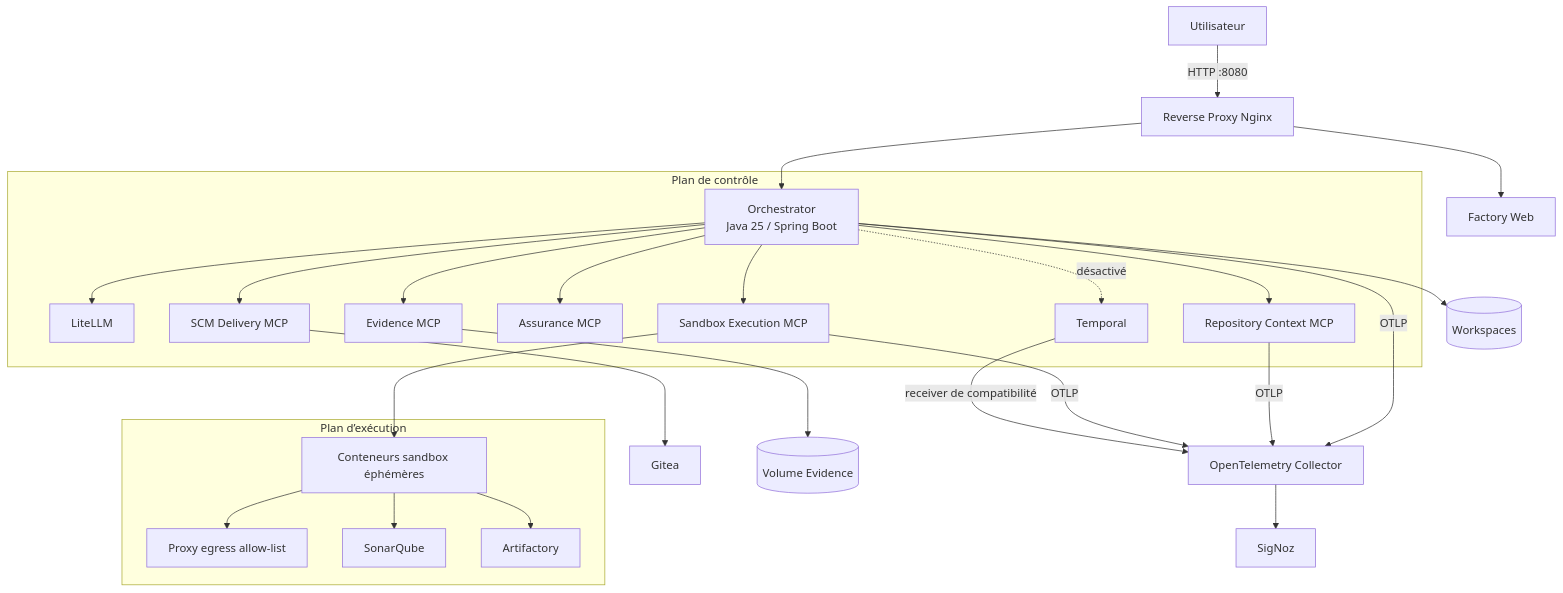
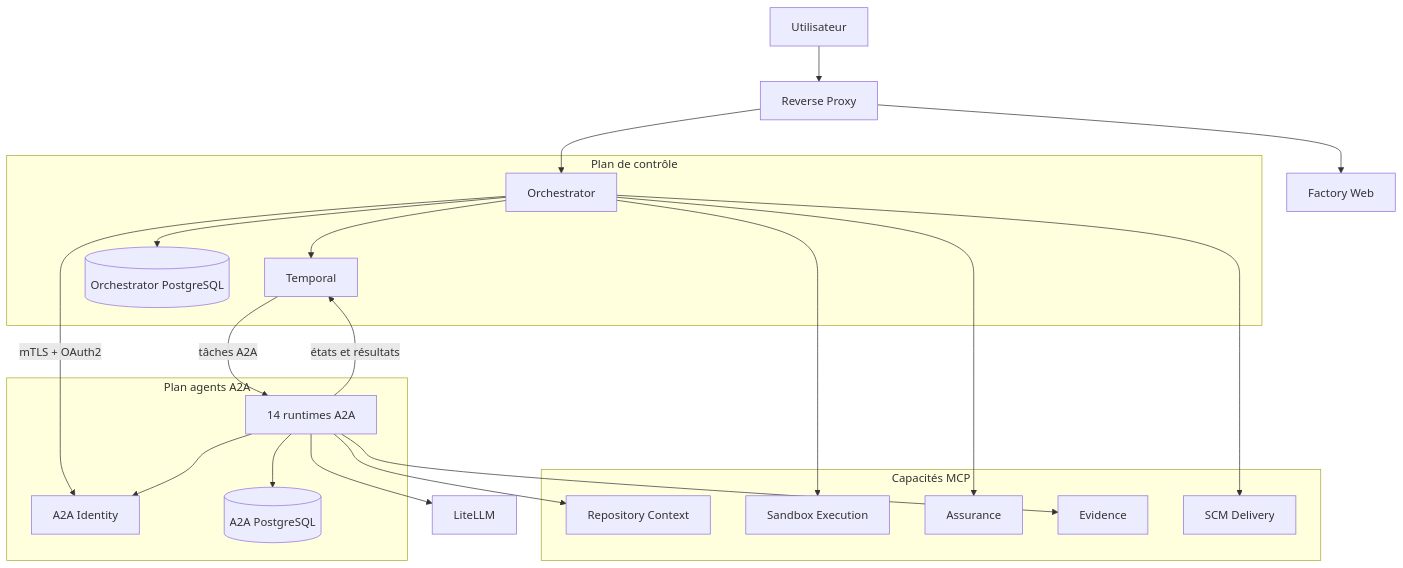
One commit to dbeaumont/ai-software-factory-local changed the second of 6 diagrams in docs/overview/architecture-overview.md. Above: the diagram before and after it, drawn with Mermaid. The commit also changed other lines of this file and 28 other files, not shown here.

````diff
--- a/docs/overview/architecture-overview.md
+++ b/docs/overview/architecture-overview.md
@@ -181,32 +38,38 @@
 ```mermaid
 flowchart TB
-  U[Utilisateur] -->|HTTP :8080| RP[Reverse Proxy Nginx]
+  U[Utilisateur] --> RP[Reverse Proxy]
   RP --> WEB[Factory Web]
-  RP --> ORCH[Orchestrator<br/>Java 25 / Spring Boot]
+  RP --> ORCH[Orchestrator]
 
   subgraph CONTROL[Plan de contrôle]
-    ORCH --> LLM[LiteLLM]
-    ORCH --> CTX[Repository Context MCP]
-    ORCH --> SBX[Sandbox Execution MCP]
-    ORCH --> ASS[Assurance MCP]
-    ORCH --> EVD[Evidence MCP]
-    ORCH --> SCM[SCM Delivery MCP]
-    ORCH -. désactivé .-> TEMP[Temporal]
+    ORCH --> TEMP[Temporal]
+    ORCH --> ODB[(Orchestrator PostgreSQL)]
   end
 
-  subgraph EXEC[Plan d’exécution]
-    SBX --> JOB[Conteneurs sandbox éphémères]
-    JOB --> EGRESS[Proxy egress allow-list]
-    JOB --> SONAR[SonarQube]
-    JOB --> ARTI[Artifactory]
+  subgraph AGENTPLANE[Plan agents A2A]
+    ID[A2A Identity]
+    FLEET[14 runtimes A2A]
+    ADB[(A2A PostgreSQL)]
+    FLEET --> ADB
   end
 
-  SCM --> GITEA[Gitea]
-  EVD --> EVOL[(Volume Evidence)]
-  ORCH --> WS[(Workspaces)]
-  ORCH -->|OTLP| OTEL[OpenTelemetry Collector]
-  CTX -->|OTLP| OTEL
-  SBX -->|OTLP| OTEL
-  TEMP -->|receiver de compatibilité| OTEL
-  OTEL --> SIGNOZ[SigNoz]
+  TEMP -->|tâches A2A| FLEET
+  FLEET -->|états et résultats| TEMP
+  ORCH -->|mTLS + OAuth2| ID
+  FLEET --> ID
+
+  subgraph CAPABILITIES[Capacités MCP]
+    CTX[Repository Context]
+    SBX[Sandbox Execution]
+    ASS[Assurance]
+    EVD[Evidence]
+    SCM[SCM Delivery]
+  end
+
+  FLEET --> CTX
+  FLEET --> EVD
+  ORCH --> SBX
+  ORCH --> ASS
+  ORCH --> SCM
+  FLEET --> LLM[LiteLLM]
 ```
````
